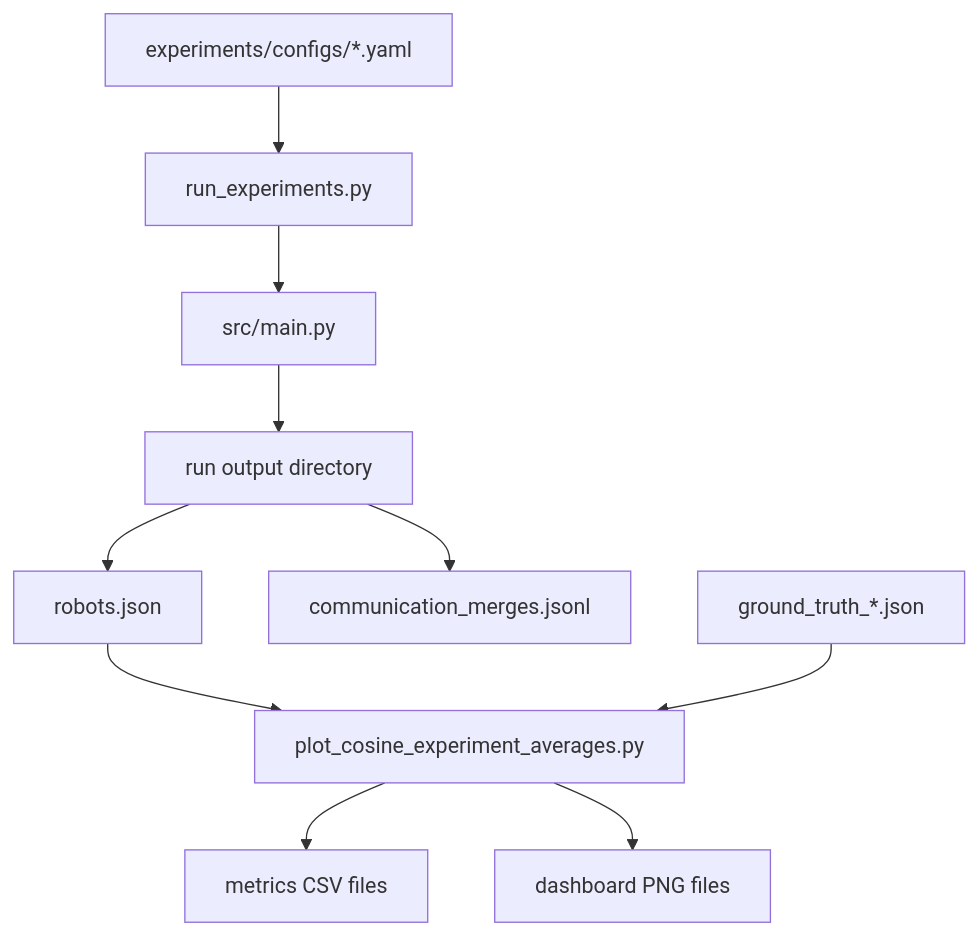
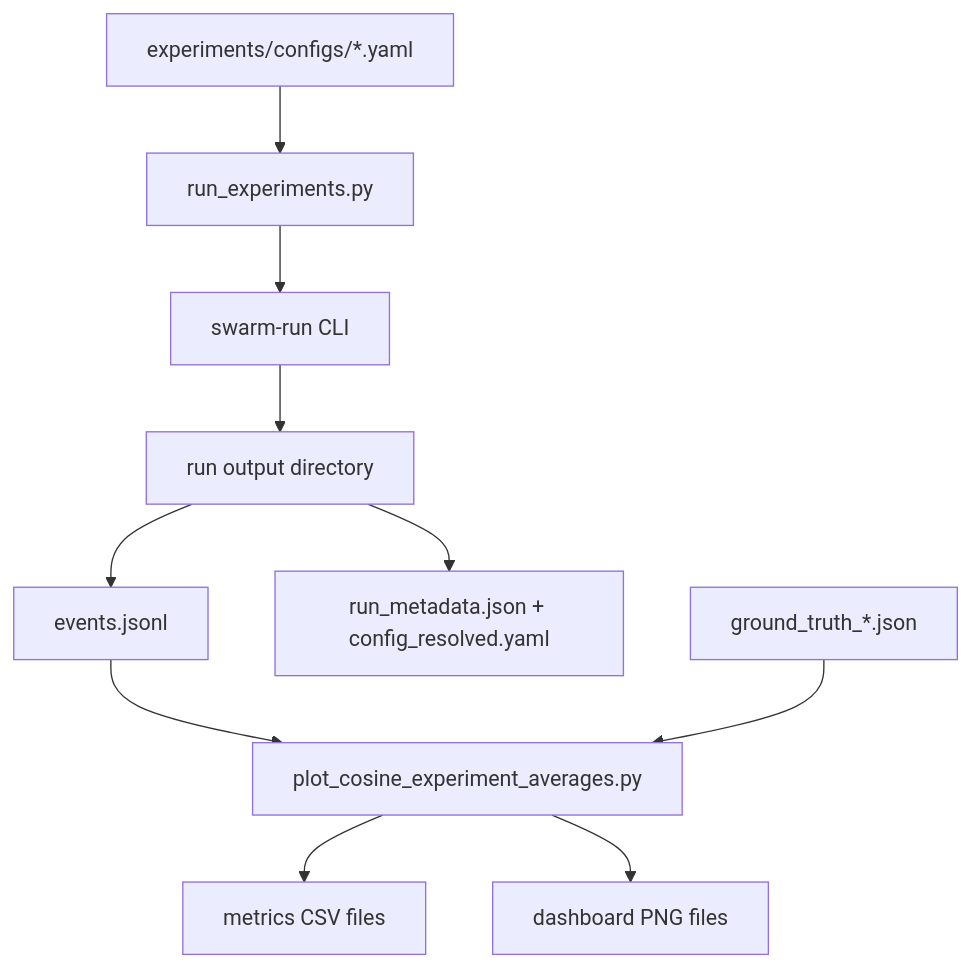
Before and after one commit to RetamalVictor/llm-swarm-environmental-perception: the second of 2 diagrams in docs/architecture.md, drawn with Mermaid. The commit also changed other lines of this file and 5 other files, not shown here.

````diff
--- a/docs/architecture.md
+++ b/docs/architecture.md
@@ -37,12 +36,12 @@
 ```mermaid
 flowchart TB
   configs[experiments/configs/*.yaml] --> runExperiments[run_experiments.py]
-  runExperiments --> mainExec[src/main.py]
+  runExperiments --> mainExec[swarm-run CLI]
   mainExec --> runDir[run output directory]
-  runDir --> robotsJson[robots.json]
-  runDir --> mergeHistory[communication_merges.jsonl]
-  robotsJson --> plotMetrics[plot_cosine_experiment_averages.py]
+  runDir --> eventsJsonl[events.jsonl]
+  runDir --> runMeta[run_metadata.json + config_resolved.yaml]
+  eventsJsonl --> plotMetrics[plot_cosine_experiment_averages.py]
   groundTruth[ground_truth_*.json] --> plotMetrics
   plotMetrics --> metricsCsv[metrics CSV files]
   plotMetrics --> metricsPng[dashboard PNG files]
 ```
````
